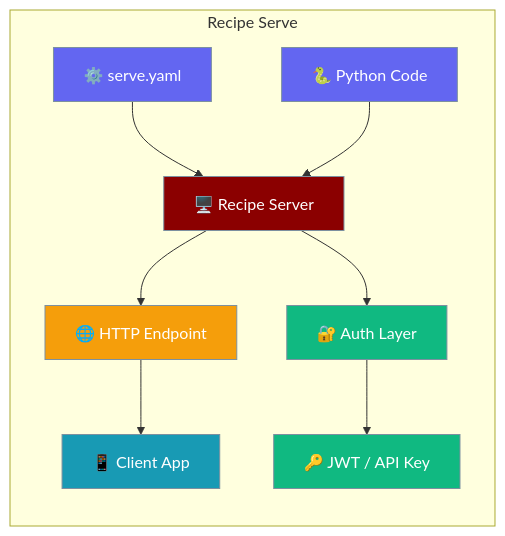
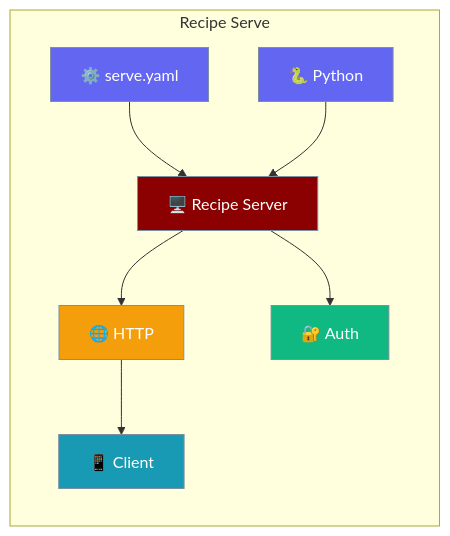
Before and after one commit to MervinPraison/PraisonAIDocs: the diagram in docs/features/recipe-serve-code.mdx, drawn with Mermaid. The commit also changed other lines of this file and 4 other files, not shown here.

````diff
--- a/docs/features/recipe-serve-code.mdx
+++ b/docs/features/recipe-serve-code.mdx
@@ -10,23 +16,22 @@
 ```mermaid
 graph LR
     subgraph "Recipe Serve"
-        Config[⚙️ serve.yaml] --> Server[🖥️ Recipe Server]
-        Code[🐍 Python Code] --> Server
-        Server --> HTTP[🌐 HTTP Endpoint]
-        HTTP --> Client[📱 Client App]
-        Server --> Auth[🔐 Auth Layer]
-        Auth --> JWT[🔑 JWT / API Key]
+        Config["⚙️ serve.yaml"] --> Server["🖥️ Recipe Server"]
+        Code["🐍 Python"] --> Server
+        Server --> HTTP["🌐 HTTP"]
+        HTTP --> Client["📱 Client"]
+        Server --> Auth["🔐 Auth"]
     end
 
     classDef config fill:#6366F1,stroke:#7C90A0,color:#fff
     classDef server fill:#8B0000,stroke:#7C90A0,color:#fff
     classDef protocol fill:#F59E0B,stroke:#7C90A0,color:#fff
     classDef client fill:#189AB4,stroke:#7C90A0,color:#fff
     classDef auth fill:#10B981,stroke:#7C90A0,color:#fff
 
     class Config,Code config
     class Server server
     class HTTP protocol
     class Client client
-    class Auth,JWT auth
+    class Auth auth
 ```
````
